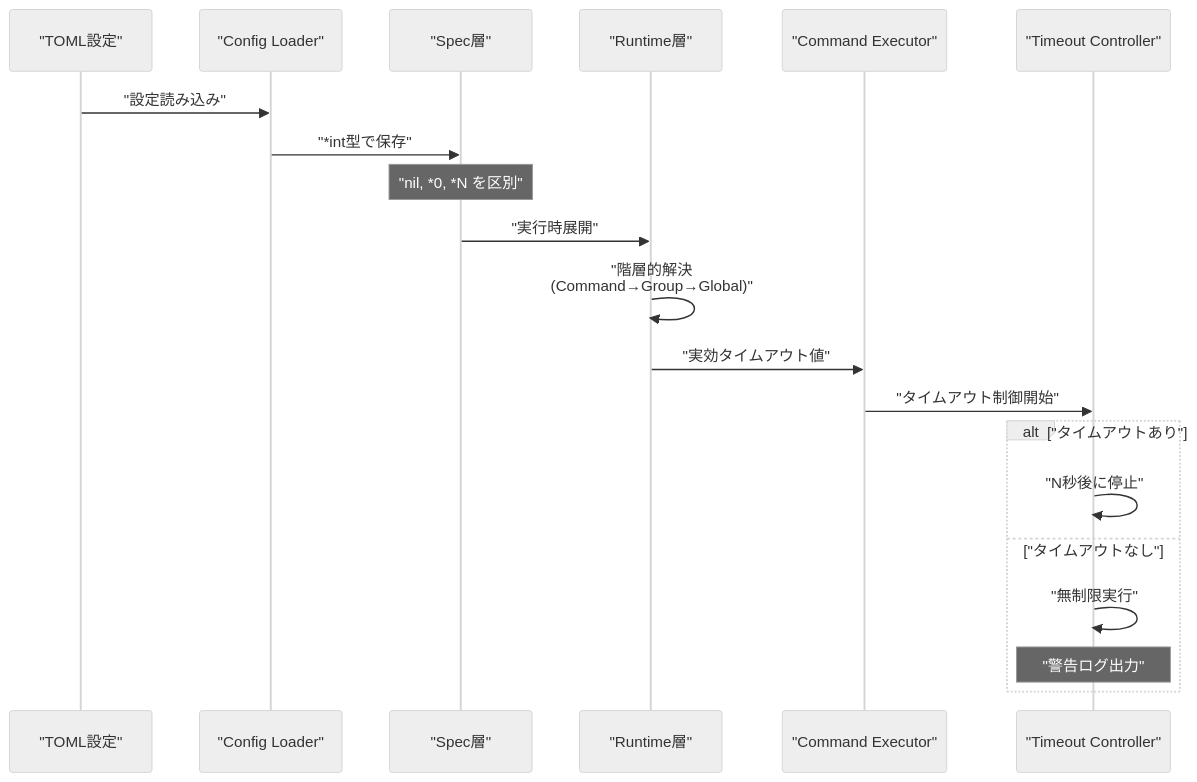
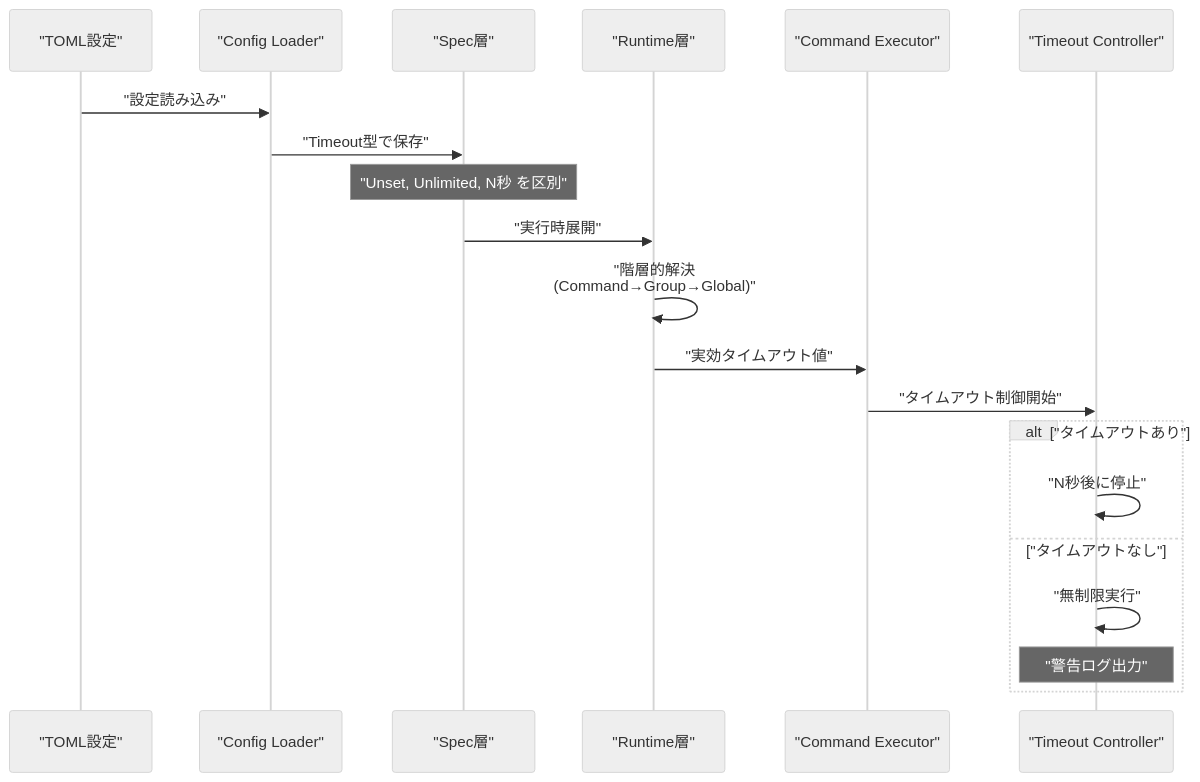
Before and after one commit to isseis/go-safe-cmd-runner: the second of 8 diagrams in docs/tasks/0043_timeout_specification_refinement/02_architecture.md, drawn with Mermaid (neutral theme). The commit also changed other lines of this file and 2 other files, not shown here.

````diff
--- a/docs/tasks/0043_timeout_specification_refinement/02_architecture.md
+++ b/docs/tasks/0043_timeout_specification_refinement/02_architecture.md
@@ -50,26 +50,26 @@
 ```mermaid
 sequenceDiagram
     participant TOML as "TOML設定"
     participant Loader as "Config Loader"
     participant Spec as "Spec層"
     participant Runtime as "Runtime層"
     participant Executor as "Command Executor"
     participant Controller as "Timeout Controller"
 
     TOML->>Loader: "設定読み込み"
-    Loader->>Spec: "*int型で保存"
-    Note over Spec: "nil, *0, *N を区別"
+    Loader->>Spec: "Timeout型で保存"
+    Note over Spec: "Unset, Unlimited, N秒 を区別"
 
     Spec->>Runtime: "実行時展開"
     Runtime->>Runtime: "階層的解決<br>(Command→Group→Global)"
 
     Runtime->>Executor: "実効タイムアウト値"
     Executor->>Controller: "タイムアウト制御開始"
 
     alt "タイムアウトあり"
         Controller->>Controller: "N秒後に停止"
     else "タイムアウトなし"
         Controller->>Controller: "無制限実行"
         Note over Controller: "警告ログ出力"
     end
 ```
````
